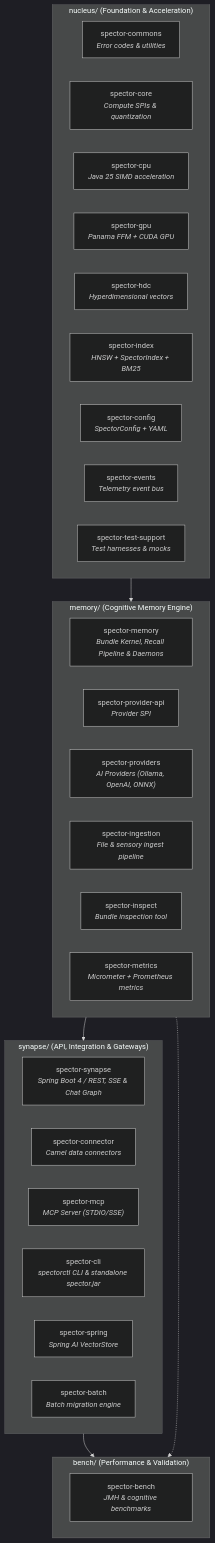
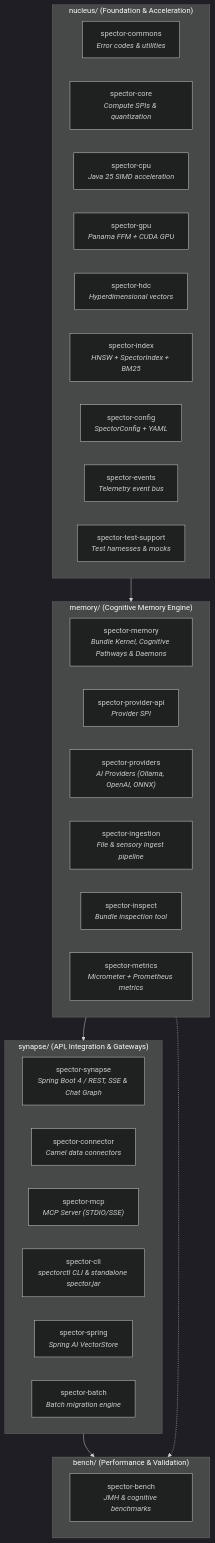
Before and after one commit to spectrayan/spector: the first of 3 diagrams in docs/docs/modules/index.md, drawn with Mermaid (dark theme). The commit also changed other lines of this file and 23 other files, not shown here.

First line of the commit message:
docs(memory): update terminology from ingestion and recall pipeline to cognitive pathways

````diff
--- a/docs/docs/modules/index.md
+++ b/docs/docs/modules/index.md
@@ -9,40 +9,40 @@
 ```mermaid
 graph TB
     subgraph nucleus["nucleus/ (Foundation & Acceleration)"]
         commons["spector-commons<br/><i>Error codes & utilities</i>"]
         core["spector-core<br/><i>Compute SPIs & quantization</i>"]
         cpu["spector-cpu<br/><i>Java 25 SIMD acceleration</i>"]
         gpu["spector-gpu<br/><i>Panama FFM + CUDA GPU</i>"]
         hdc["spector-hdc<br/><i>Hyperdimensional vectors</i>"]
         index["spector-index<br/><i>HNSW + SpectorIndex + BM25</i>"]
         config["spector-config<br/><i>SpectorConfig + YAML</i>"]
         events["spector-events<br/><i>Telemetry event bus</i>"]
         testsupport["spector-test-support<br/><i>Test harnesses & mocks</i>"]
     end
 
     subgraph memory["memory/ (Cognitive Memory Engine)"]
-        spectormemory["spector-memory<br/><i>Bundle Kernel, Recall Pipeline & Daemons</i>"]
+        spectormemory["spector-memory<br/><i>Bundle Kernel, Cognitive Pathways & Daemons</i>"]
         providerApi["spector-provider-api<br/><i>Provider SPI</i>"]
         providers["spector-providers<br/><i>AI Providers (Ollama, OpenAI, ONNX)</i>"]
         ingestion["spector-ingestion<br/><i>File & sensory ingest pipeline</i>"]
         inspect["spector-inspect<br/><i>Bundle inspection tool</i>"]
         metrics["spector-metrics<br/><i>Micrometer + Prometheus metrics</i>"]
     end
 
     subgraph synapse["synapse/ (API, Integration & Gateways)"]
         synapseapp["spector-synapse<br/><i>Spring Boot 4 / REST, SSE & Chat Graph</i>"]
         connector["spector-connector<br/><i>Camel data connectors</i>"]
         mcp["spector-mcp<br/><i>MCP Server (STDIO/SSE)</i>"]
         cli["spector-cli<br/><i>spectorctl CLI & standalone spector.jar</i>"]
         spring["spector-spring<br/><i>Spring AI VectorStore</i>"]
         batch["spector-batch<br/><i>Batch migration engine</i>"]
     end
 
     subgraph bench["bench/ (Performance & Validation)"]
         spectorbench["spector-bench<br/><i>JMH & cognitive benchmarks</i>"]
     end
 
     nucleus --> memory --> synapse
     synapse --> bench
     memory -.-> bench
 ```
````
